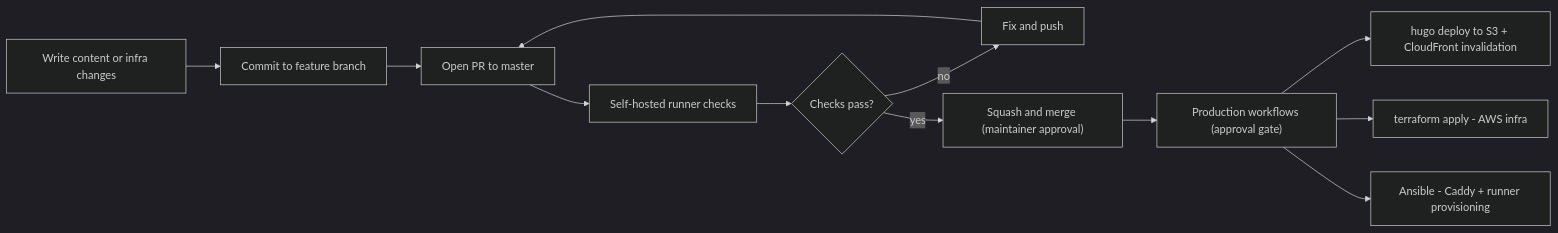
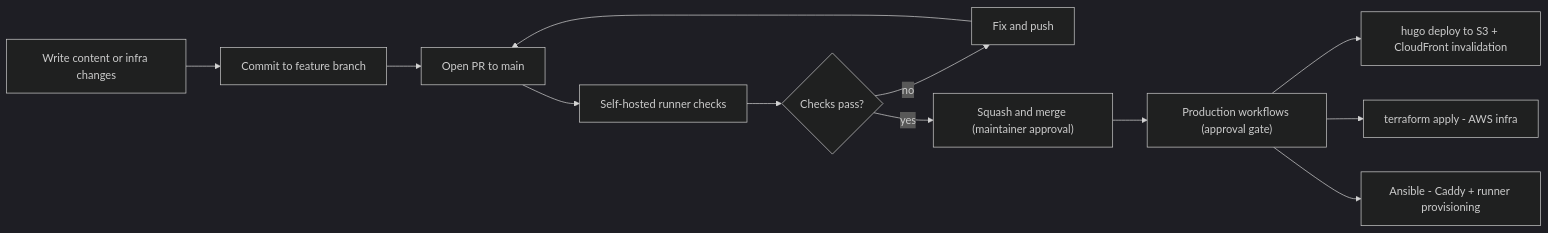
The fourth of 4 diagrams in hugo/content/docs/Portfolio/GitOps.md (brooks-security-com/brooks-security.com), drawn with Mermaid (dark theme) before and after one commit. The commit also changed other lines of this file and 2 other files, not shown here.

Commit message:
docs: rename master branch to main and update AWS cost estimate

````diff
--- a/hugo/content/docs/Portfolio/GitOps.md
+++ b/hugo/content/docs/Portfolio/GitOps.md
@@ -110,14 +106,14 @@
 ```mermaid
 flowchart LR
     A["Write content or infra changes"] --> B["Commit to feature branch"]
-    B --> C["Open PR to master"]
+    B --> C["Open PR to main"]
     C --> D["Self-hosted runner checks"]
     D --> E{"Checks pass?"}
     E -- "no" --> G["Fix and push"]
     G --> C
     E -- "yes" --> F["Squash and merge (maintainer approval)"]
     F --> H["Production workflows (approval gate)"]
     H --> I["hugo deploy to S3 + CloudFront invalidation"]
     H --> J["terraform apply - AWS infra"]
     H --> K["Ansible - Caddy + runner provisioning"]
 ```
````
